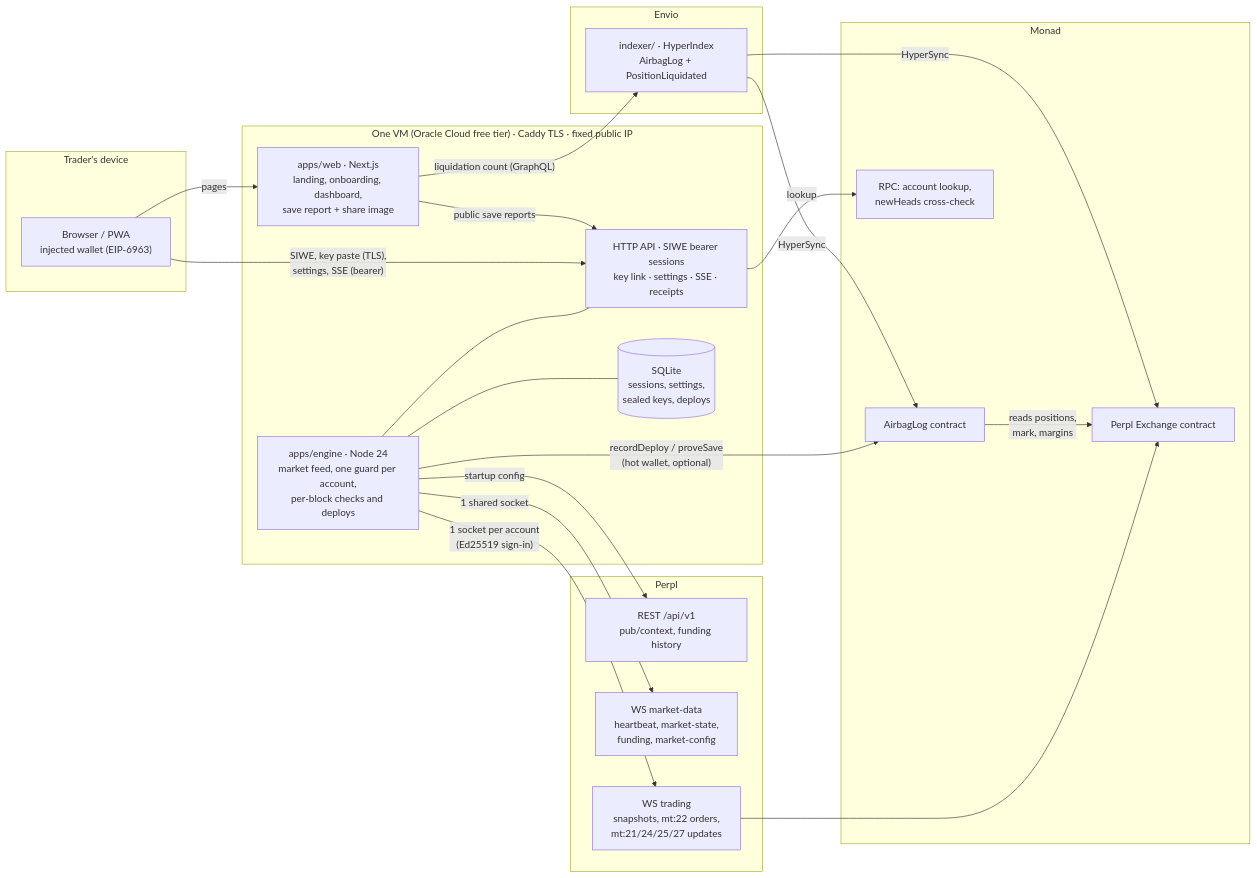
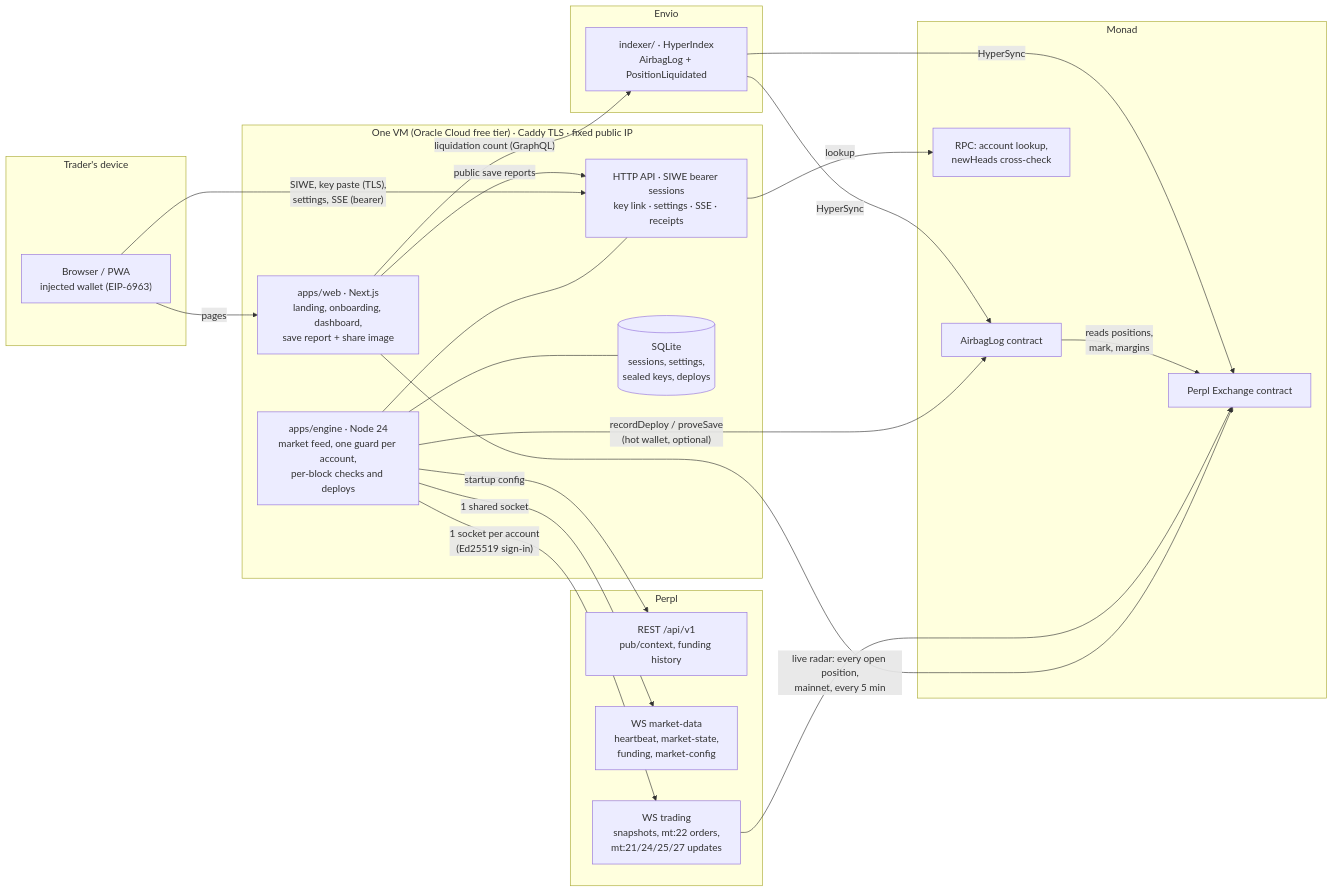
The first of 2 diagrams in docs/ARCHITECTURE.md (0xuser64bit/airbag), drawn with Mermaid before and after one commit. The commit also changed other lines of this file and 7 other files, not shown here.

First line of the commit message:
feat(web): a live radar of Perpl mainnet on the landing

````diff
--- a/docs/ARCHITECTURE.md
+++ b/docs/ARCHITECTURE.md
@@ -11,45 +11,46 @@
 ```mermaid
 flowchart LR
   subgraph User["Trader's device"]
     B["Browser / PWA<br/>injected wallet (EIP-6963)"]
   end
 
   subgraph VM["One VM (Oracle Cloud free tier) · Caddy TLS · fixed public IP"]
     W["apps/web · Next.js<br/>landing, onboarding, dashboard,<br/>save report + share image"]
     E["apps/engine · Node 24<br/>market feed, one guard per account,<br/>per-block checks and deploys"]
     API["HTTP API · SIWE bearer sessions<br/>key link · settings · SSE · receipts"]
     DB[("SQLite<br/>sessions, settings,<br/>sealed keys, deploys")]
     E --- API
     E --- DB
   end
 
   subgraph Perpl
     PR["REST /api/v1<br/>pub/context, funding history"]
     MD["WS market-data<br/>heartbeat, market-state,<br/>funding, market-config"]
     TR["WS trading<br/>snapshots, mt:22 orders,<br/>mt:21/24/25/27 updates"]
   end
 
   subgraph Monad
     EX["Perpl Exchange contract"]
     LOG["AirbagLog contract"]
     RPC["RPC: account lookup,<br/>newHeads cross-check"]
   end
 
   subgraph Envio
     IDX["indexer/ · HyperIndex<br/>AirbagLog + PositionLiquidated"]
   end
 
   B -- "pages" --> W
   B -- "SIWE, key paste (TLS),<br/>settings, SSE (bearer)" --> API
   W -- "public save reports" --> API
   W -- "liquidation count (GraphQL)" --> IDX
+  W -- "live radar: every open position,<br/>mainnet, every 5 min" --> EX
   E -- "startup config" --> PR
   E -- "1 shared socket" --> MD
   E -- "1 socket per account<br/>(Ed25519 sign-in)" --> TR
   TR --> EX
   E -- "recordDeploy / proveSave<br/>(hot wallet, optional)" --> LOG
   LOG -- "reads positions,<br/>mark, margins" --> EX
   API -- "lookup" --> RPC
   IDX -- "HyperSync" --> EX
   IDX -- "HyperSync" --> LOG
 ```
````
